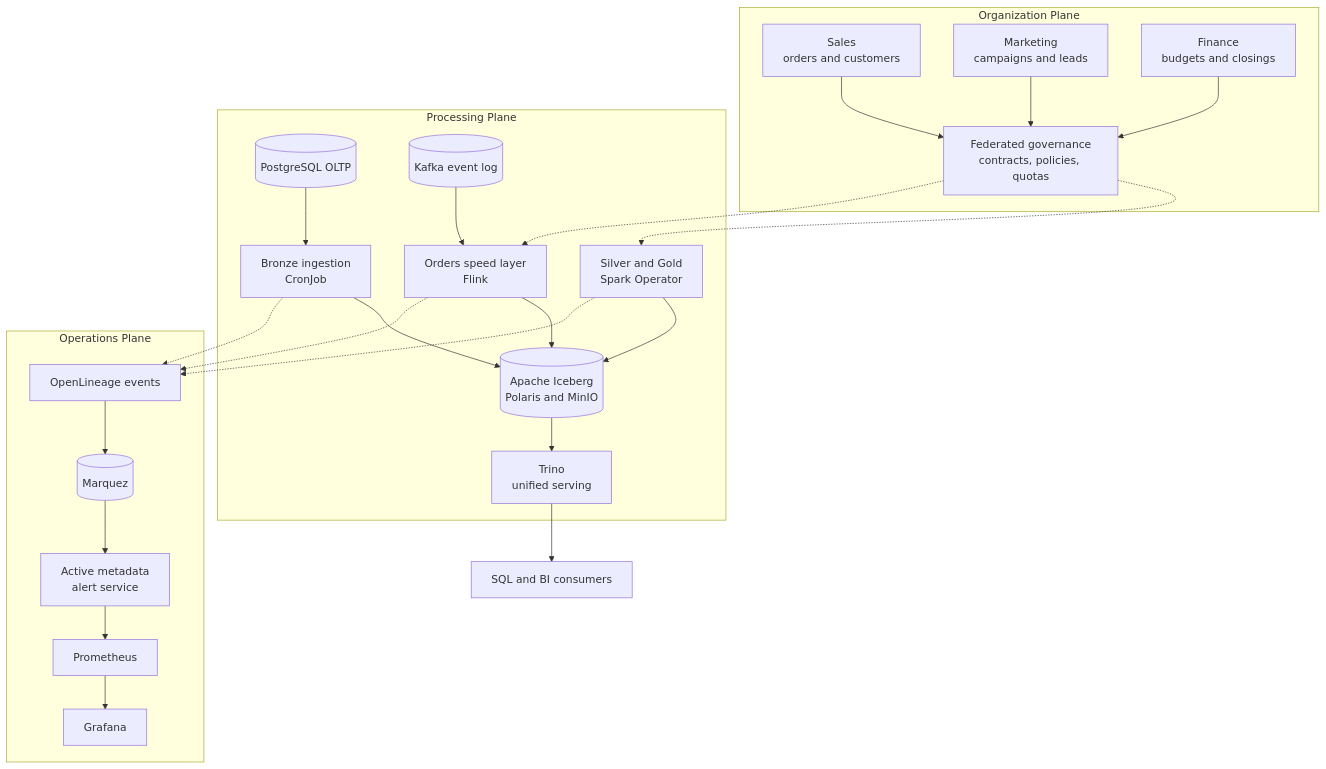
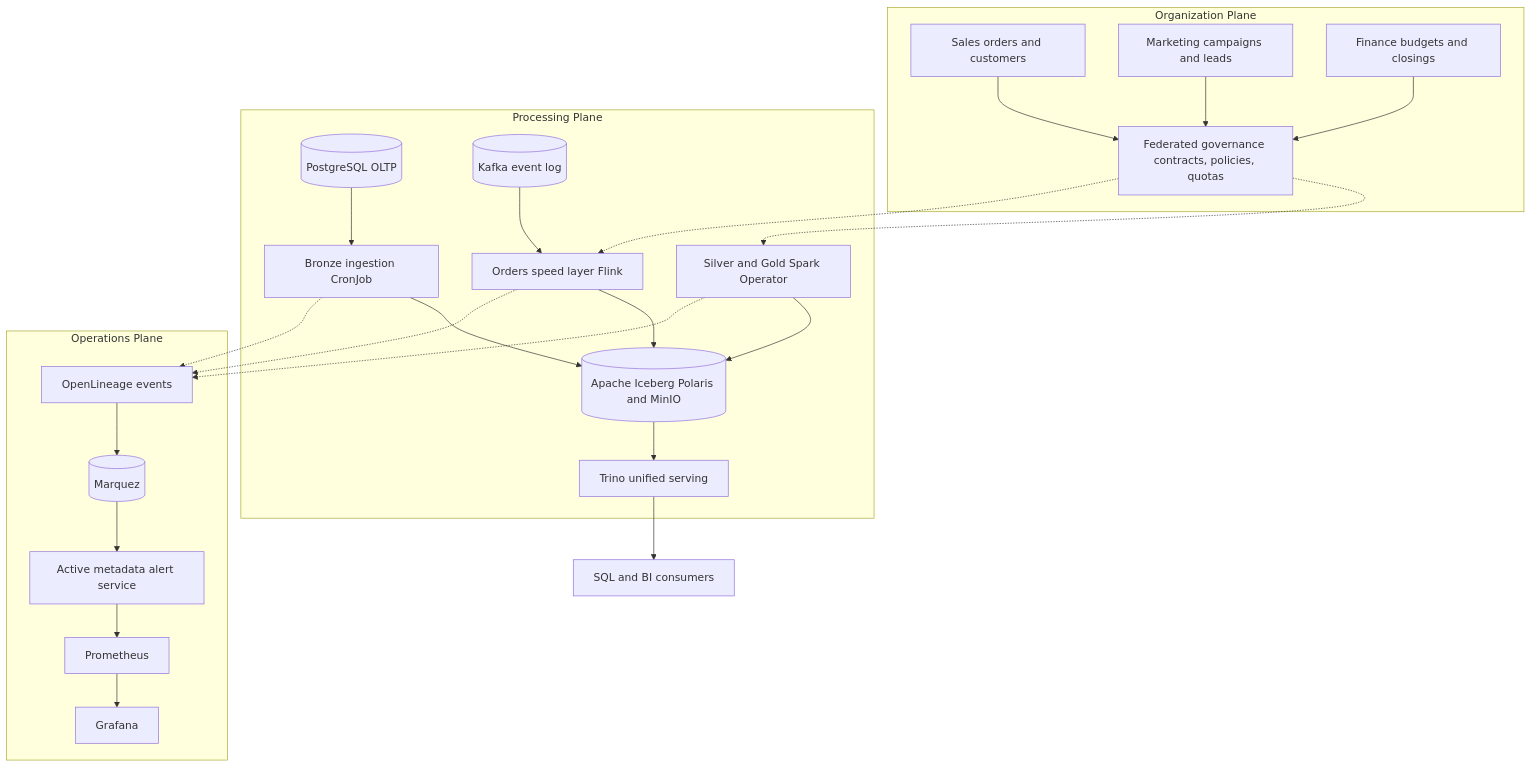
The first of 9 diagrams in README.md (sergio11/cloud_native_data_architecture_poc), drawn with Mermaid before and after one commit. The commit also changed other lines of this file, not shown here.

Commit message:
docs(readme): align title and harden Mermaid diagrams

````diff
--- a/README.md
+++ b/README.md
@@ -92,45 +94,45 @@
 ```mermaid
-flowchart TB
+graph TB
     subgraph ORG["Organization Plane"]
-        SALES["Sales<br/>orders and customers"]
-        MKT["Marketing<br/>campaigns and leads"]
-        FIN["Finance<br/>budgets and closings"]
-        GOV["Federated governance<br/>contracts, policies, quotas"]
+        SALES["Sales orders and customers"]
+        MKT["Marketing campaigns and leads"]
+        FIN["Finance budgets and closings"]
+        GOV["Federated governance contracts, policies, quotas"]
         SALES --> GOV
         MKT --> GOV
         FIN --> GOV
     end
 
     subgraph PROC["Processing Plane"]
         PG[("PostgreSQL OLTP")]
         KAFKA[("Kafka event log")]
-        ING["Bronze ingestion<br/>CronJob"]
-        SPARK["Silver and Gold<br/>Spark Operator"]
-        FLINK["Orders speed layer<br/>Flink"]
-        ICE[("Apache Iceberg<br/>Polaris and MinIO")]
-        TRINO["Trino<br/>unified serving"]
+        ING["Bronze ingestion CronJob"]
+        SPARK["Silver and Gold Spark Operator"]
+        FLINK["Orders speed layer Flink"]
+        ICE[("Apache Iceberg Polaris and MinIO")]
+        TRINO["Trino unified serving"]
         PG --> ING --> ICE
         SPARK --> ICE
         KAFKA --> FLINK --> ICE
         ICE --> TRINO
     end
 
     subgraph OPS["Operations Plane"]
         OL["OpenLineage events"]
         MQ[("Marquez")]
-        ALERT["Active metadata<br/>alert service"]
+        ALERT["Active metadata alert service"]
         PROM["Prometheus"]
         GRAF["Grafana"]
         OL --> MQ
         MQ --> ALERT
         ALERT --> PROM
         PROM --> GRAF
     end
 
     ING -.-> OL
     SPARK -.-> OL
     FLINK -.-> OL
     GOV -.-> SPARK
     GOV -.-> FLINK
     TRINO --> BI["SQL and BI consumers"]
 ```
````
